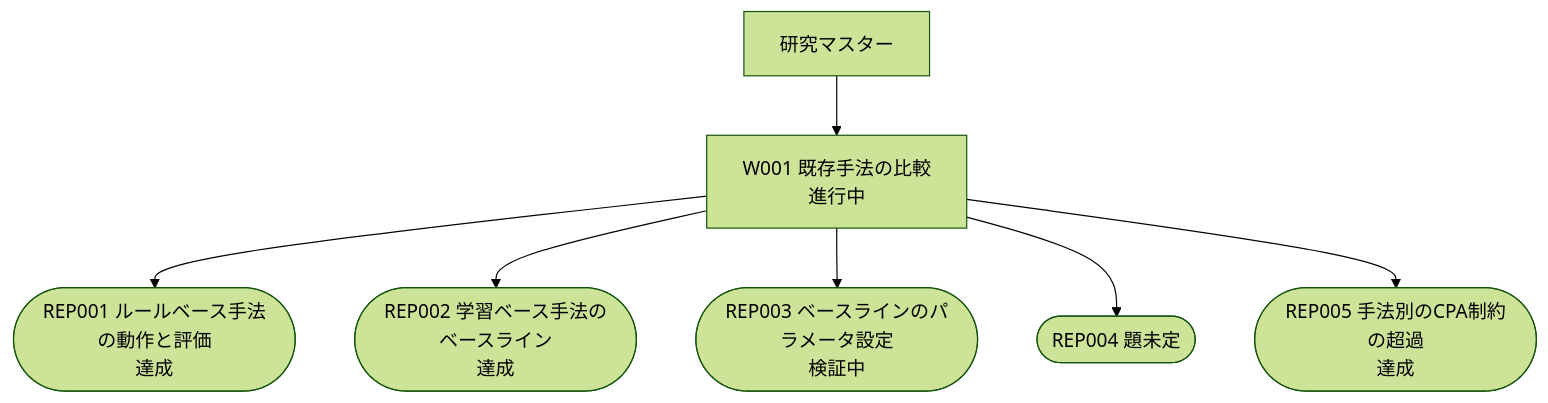
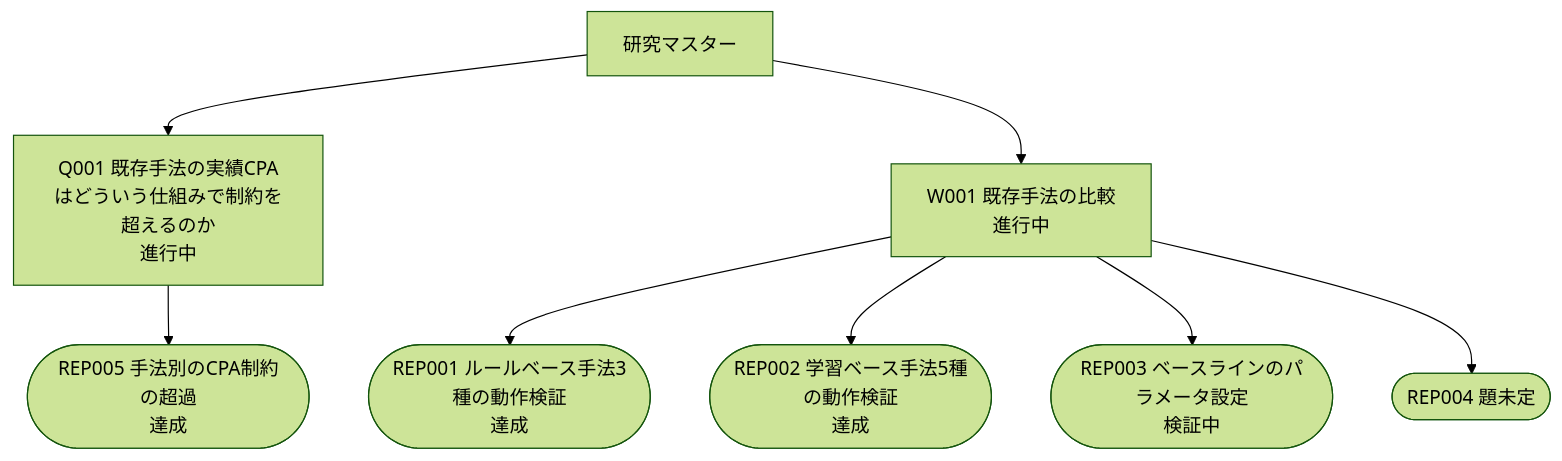
Before and after one commit to yayoten/AuctionNet: the diagram in research/flow.md, drawn with Mermaid (forest theme). The commit also changed other lines of this file and 85 other files, not shown here.

````diff
--- a/research/flow.md
+++ b/research/flow.md
@@ -22,16 +24,18 @@
 ```mermaid
 graph TD
   ROOT[研究マスター]
+  Q001["Q001 既存手法の実績CPAはどういう仕組みで制約を超えるのか<br/>進行中"]
+  ROOT --> Q001
+  REP005(["REP005 手法別のCPA制約の超過<br/>達成"])
+  Q001 --> REP005
   W001["W001 既存手法の比較<br/>進行中"]
   ROOT --> W001
-  REP001(["REP001 ルールベース手法の動作と評価<br/>達成"])
+  REP001(["REP001 ルールベース手法3種の動作検証<br/>達成"])
   W001 --> REP001
-  REP002(["REP002 学習ベース手法のベースライン<br/>達成"])
+  REP002(["REP002 学習ベース手法5種の動作検証<br/>達成"])
   W001 --> REP002
   REP003(["REP003 ベースラインのパラメータ設定<br/>検証中"])
   W001 --> REP003
   REP004(["REP004 題未定"])
   W001 --> REP004
-  REP005(["REP005 手法別のCPA制約の超過<br/>達成"])
-  W001 --> REP005
 ```
````
